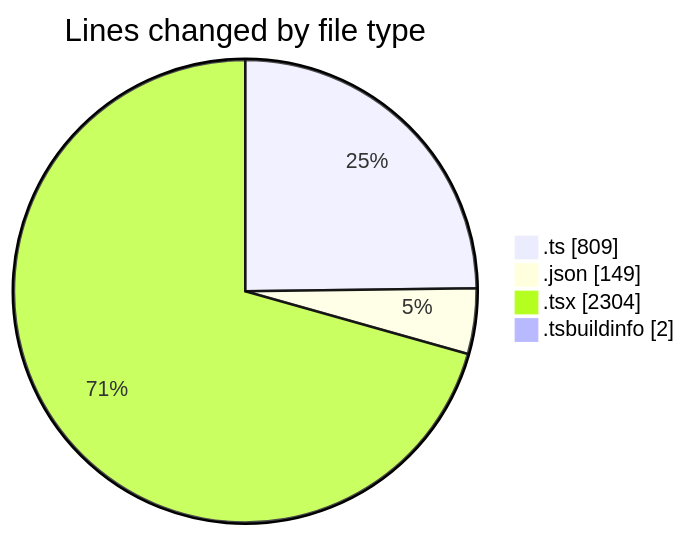
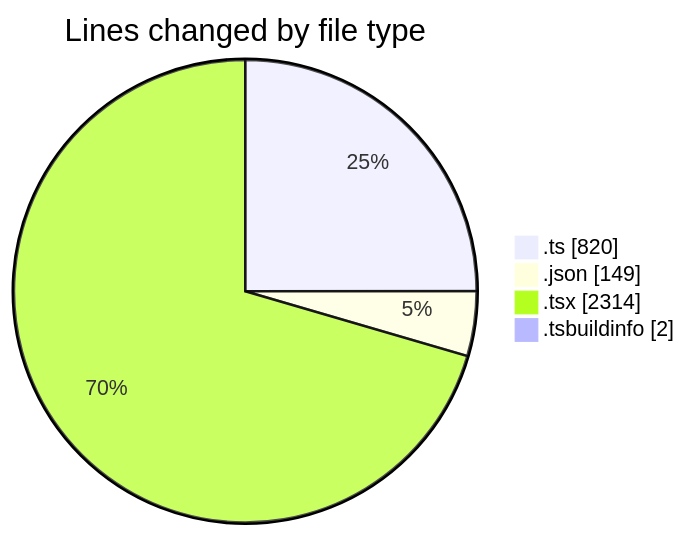
The first of 2 diagrams in 2025-02-20/mbc-web/README.md (robertbonfada/code-tracking), drawn with Mermaid before and after one commit. The commit also changed other lines of this file and 1 other file, not shown here.

````diff
--- a/2025-02-20/mbc-web/README.md
+++ b/2025-02-20/mbc-web/README.md
@@ -41,8 +41,8 @@
 ```mermaid
 pie showData
 title Lines changed by file type
-".ts" : 809
+".ts" : 820
 ".json" : 149
-".tsx" : 2304
+".tsx" : 2314
 ".tsbuildinfo" : 2
 ```
````
